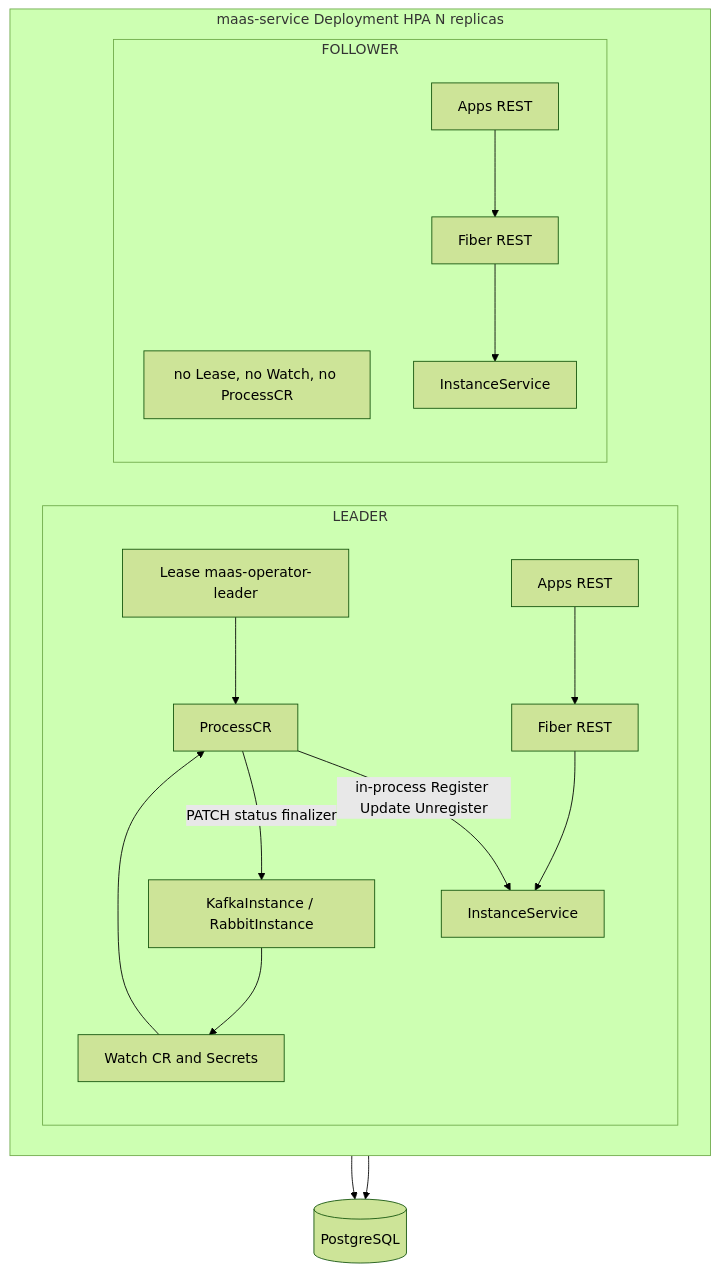
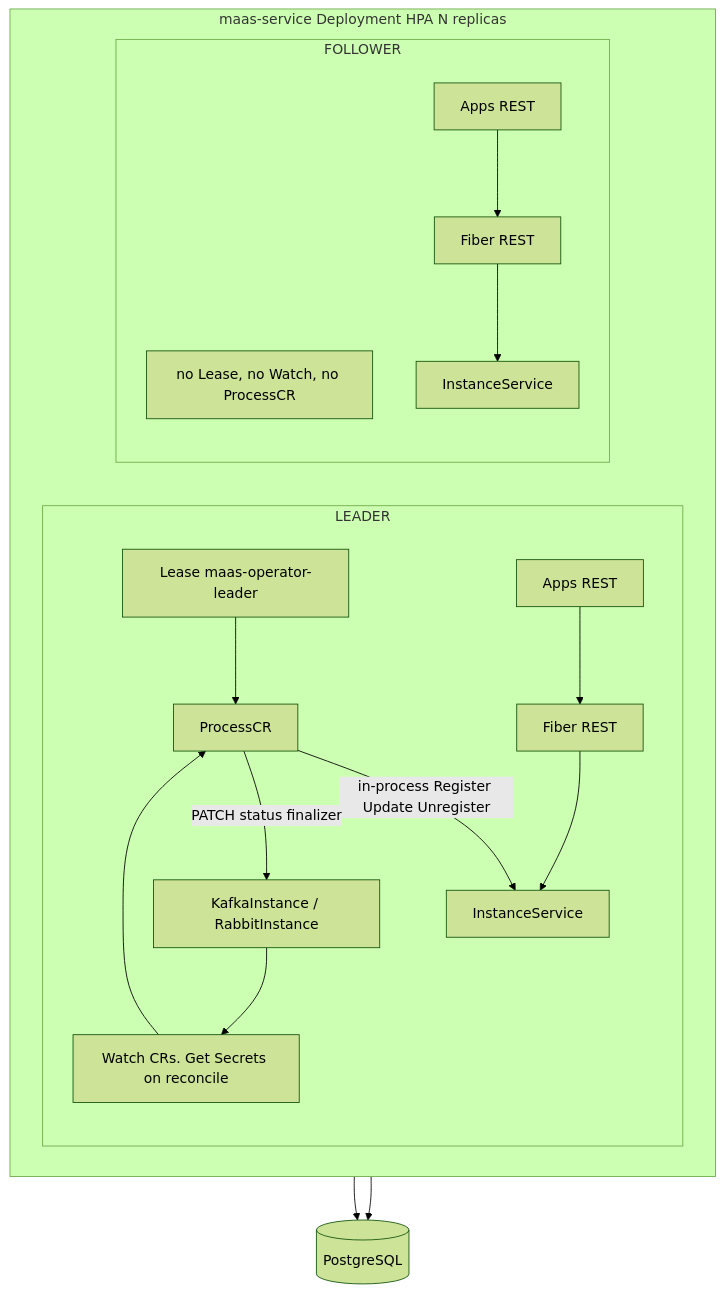
One commit to Netcracker/qubership-maas changed the fifth of 14 diagrams in docs/operator_design.md. Above: the diagram before and after it, drawn with Mermaid (forest theme). The commit also changed other lines of this file and 6 other files, not shown here.

````diff
--- a/docs/operator_design.md
+++ b/docs/operator_design.md
@@ -919,36 +931,36 @@
 ```mermaid
 flowchart TB
   subgraph pods [maas-service Deployment HPA N replicas]
     direction LR
 
     subgraph podA [LEADER]
       direction TB
       processA[ProcessCR]
       appsA[Apps REST]
       leaseA[Lease maas-operator-leader]
       crA[KafkaInstance / RabbitInstance]
       fiberA[Fiber REST]
-      recA[Watch CR and Secrets]
+      recA[Watch CRs. Get Secrets on reconcile]
       instA[InstanceService]
       leaseA --> processA
       crA --> recA
       recA --> processA
       processA -->|"in-process Register Update Unregister"| instA
       appsA --> fiberA --> instA
       processA -->|"PATCH status finalizer"| crA
     end
 
     subgraph podF [FOLLOWER]
       direction TB
       noteF[no Lease, no Watch, no ProcessCR]
       appsF[Apps REST]
       fiberF[Fiber REST]
       instF[InstanceService]
       appsF --> fiberF --> instF
     end
   end
 
   pgA[(PostgreSQL)]
   instA --> pgA
   instF --> pgA
 ```
````
